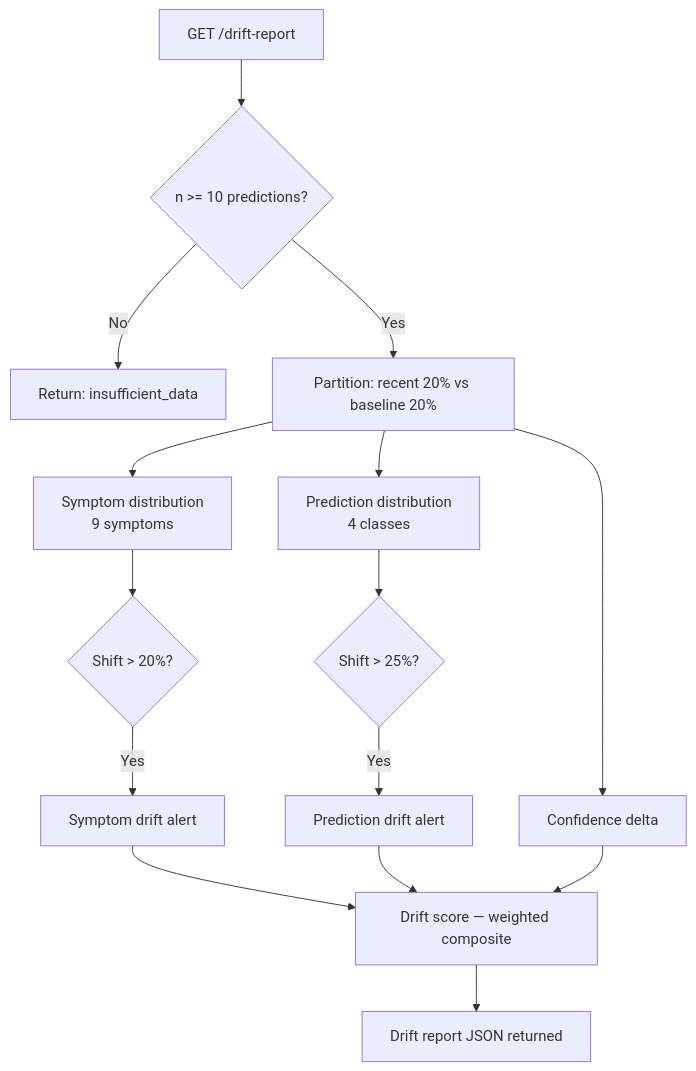
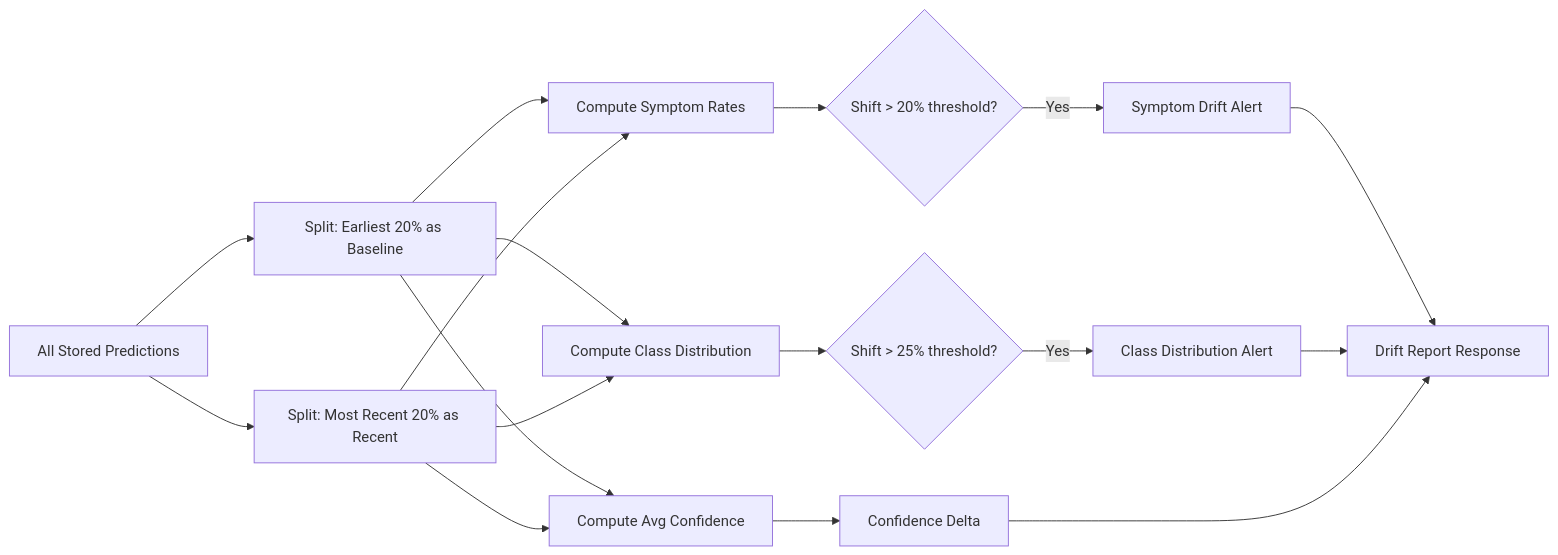
One commit to JeeniaBasu/TriageFlow-AI changed the fourth of 5 diagrams in README.md. Above: the diagram before and after it, drawn with Mermaid. The commit also changed other lines of this file, not shown here.

````diff
--- a/README.md
+++ b/README.md
@@ -333,17 +204,19 @@
 ```mermaid
-flowchart TD
-    A[GET /drift-report] --> B{n >= 10 predictions?}
-    B -->|No| C[Return: insufficient_data]
-    B -->|Yes| D[Partition: recent 20% vs baseline 20%]
-    D --> E[Symptom distribution\n9 symptoms]
-    D --> F[Prediction distribution\n4 classes]
-    D --> G[Confidence delta]
-    E --> H{Shift > 20%?}
-    F --> I{Shift > 25%?}
-    H -->|Yes| J[Symptom drift alert]
-    I -->|Yes| K[Prediction drift alert]
-    J --> L[Drift score — weighted composite]
+flowchart LR
+    A[All Stored Predictions] --> B[Split: Earliest 20% as Baseline]
+    A --> C[Split: Most Recent 20% as Recent]
+    B --> D[Compute Symptom Rates]
+    C --> D
+    B --> E[Compute Class Distribution]
+    C --> E
+    B --> F[Compute Avg Confidence]
+    C --> F
+    D --> G{Shift > 20% threshold?}
+    E --> H{Shift > 25% threshold?}
+    F --> I[Confidence Delta]
+    G -- Yes --> J[Symptom Drift Alert]
+    H -- Yes --> K[Class Distribution Alert]
+    J --> L[Drift Report Response]
     K --> L
-    G --> L
-    L --> M[Drift report JSON returned]
+    I --> L
 ```
````
